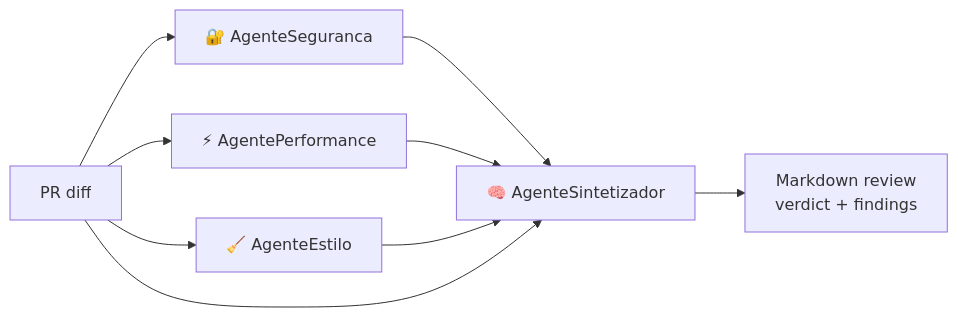
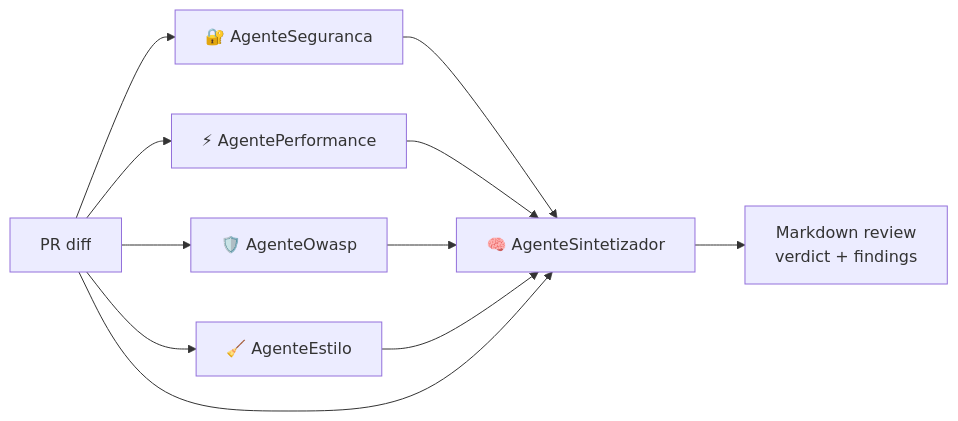
Before and after one commit to Cosmess/code-review-crew: the diagram in README.md, drawn with Mermaid. The commit also changed other lines of this file and 2 other files, not shown here.

First line of the commit message:
Add OWASP Top 10 agent

````diff
--- a/README.md
+++ b/README.md
@@ -14,11 +14,13 @@
 ```mermaid
 flowchart LR
     D[PR diff] --> S1[🔐 AgenteSeguranca]
+    D --> S4[🛡️ AgenteOwasp]
     D --> S2[⚡ AgentePerformance]
     D --> S3[🧹 AgenteEstilo]
     S1 --> Y[🧠 AgenteSintetizador]
     S2 --> Y
+    S4 --> Y
     S3 --> Y
     D --> Y
     Y --> R[Markdown review<br/>verdict + findings]
 ```
````
